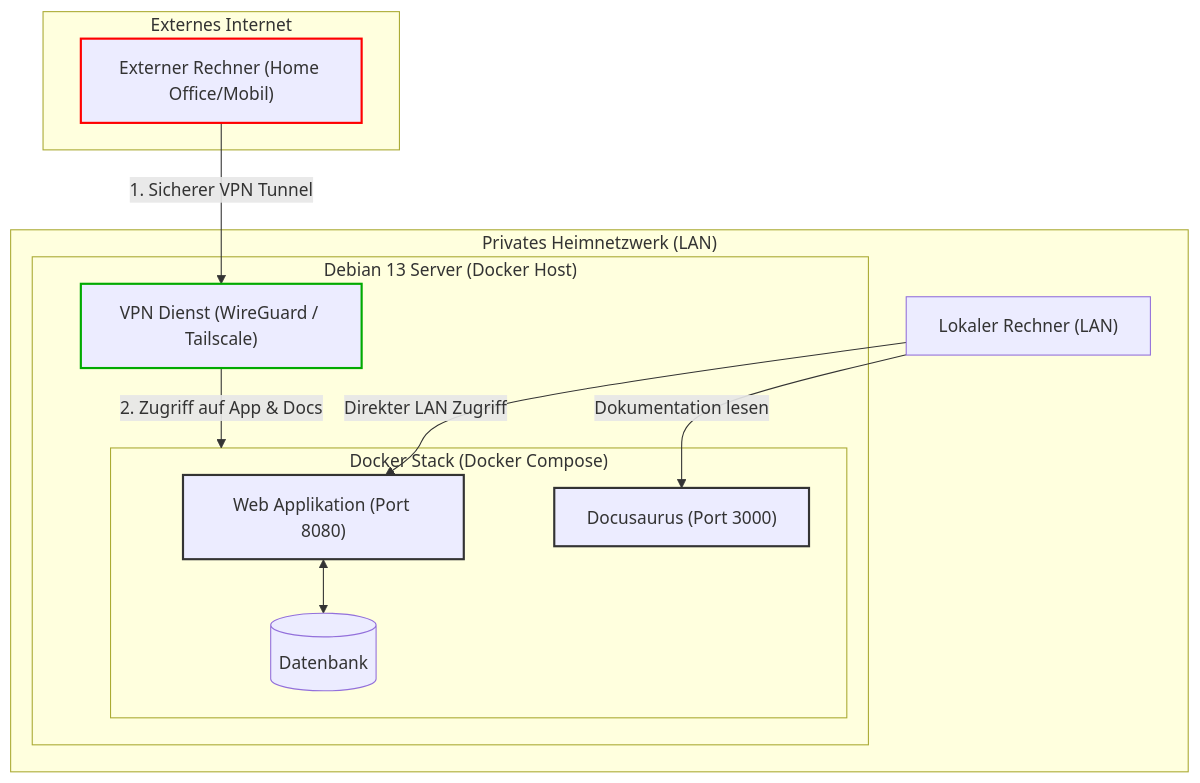
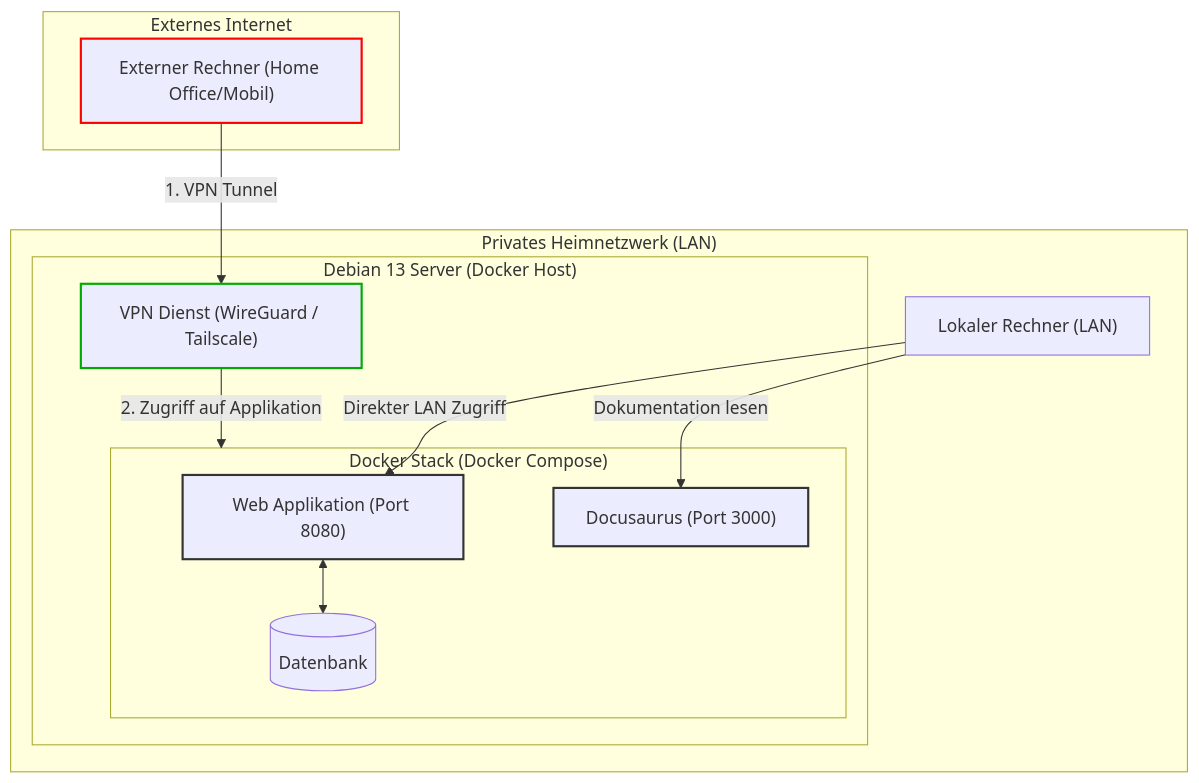
One commit to zKitKato/LottoVerwaltung changed the diagram in README.md. Above: the diagram before and after it, drawn with Mermaid. The commit also changed 1 other file, not shown here.

````diff
--- a/README.md
+++ b/README.md
@@ -1,30 +1,30 @@
 ```mermaid
 graph TD
     subgraph Internet ["Externes Internet"]
         RemotePC["Externer Rechner (Home Office/Mobil)"]
     end
 
     subgraph Heimnetz ["Privates Heimnetzwerk (LAN)"]
         subgraph ServerHost ["Debian 13 Server (Docker Host)"]
             subgraph DockerStack ["Docker Stack (Docker Compose)"]
                 App["Web Applikation (Port 8080)"]
                 DB[("Datenbank")]
                 Docs["Docusaurus (Port 3000)"]
             end
             VPN["VPN Dienst (WireGuard / Tailscale)"]
         end
         LocalPC["Lokaler Rechner (LAN)"]
     end
 
 %% Kommunikationswege
-    RemotePC -- " 1. Sicherer VPN Tunnel " --> VPN
-    VPN -- " 2. Zugriff auf App & Docs " --> DockerStack
+    RemotePC -- " 1. VPN Tunnel " --> VPN
+    VPN -- " 2. Zugriff auf Applikation " --> DockerStack
     LocalPC -- " Direkter LAN Zugriff " --> App
     LocalPC -- " Dokumentation lesen " --> Docs
     App <--> DB
 %% Styles
     style RemotePC fill: #ff, stroke: #ff0000, stroke-width: 2px
     style VPN fill: #ff, stroke: #00aa00, stroke-width: 2px
     style App fill: #bb, stroke: #333, stroke-width: 2px
     style Docs fill: #f9, stroke: #333, stroke-width: 2px
 ```
````
